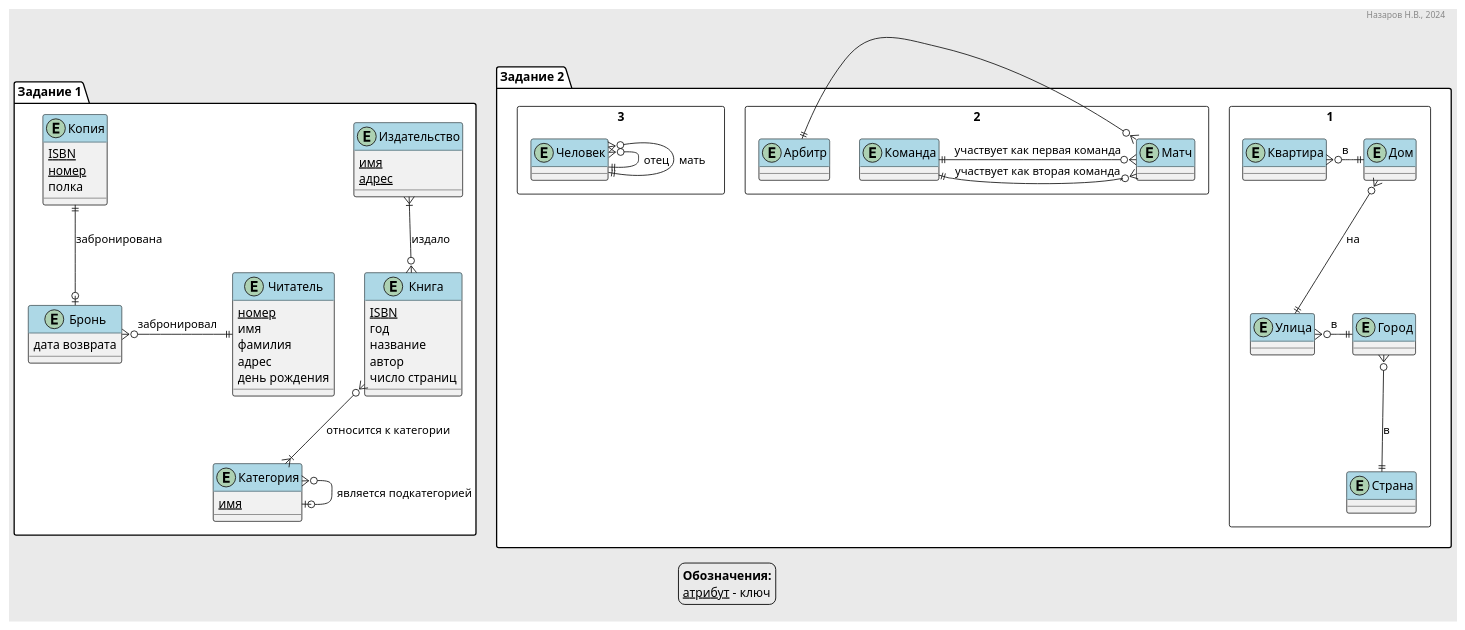
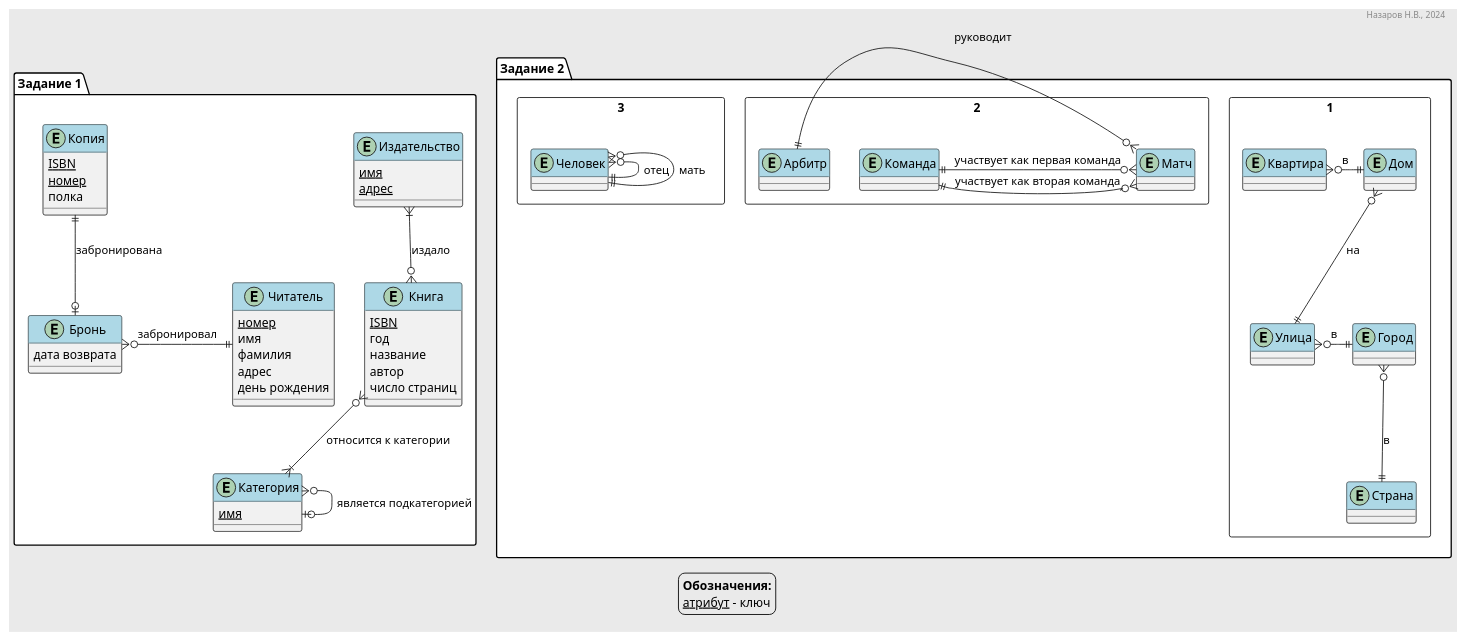
One commit to nvnazarov/c3-db changed the diagram in sem_02.puml. Above: the diagram before and after it, drawn with PlantUML.

Commit message:
Add note for 'Арбитр-Матч' relationship

```diff
--- a/sem_02.puml
+++ b/sem_02.puml
@@ -1,100 +1,100 @@
 @startuml libsys
 
 skinparam BackgroundColor #eaeaea
 
 skinparam class {
     HeaderBackgroundColor LightBlue
 }
 
 header Назаров Н.В., 2024
 
 legend
     <b>Обозначения:</b>
     <u>атрибут</u> - ключ
 endlegend
 
 package "Задание 1" #White {
 
     entity Издательство {
         <u>имя</u>
         <u>адрес</u>
     }
 
     entity Книга {
         <u>ISBN</u>
         год
         название
         автор
         число страниц
     }
 
     entity Копия {
         <u>ISBN</u>
         <u>номер</u>
         полка
     }
 
     entity Категория {
         <u>имя</u>
     }
 
     entity Читатель {
         <u>номер</u>
         имя
         фамилия
         адрес
         день рождения
     }
 
     entity Бронь {
         дата возврата
     }
 
     Издательство }|--o{ Книга : издало
     Книга }o--|{ Категория : относится к категории
     Читатель ||-o{ Бронь : забронировал
     Копия ||--o| Бронь : забронирована
     Категория }o-o| Категория : является подкатегорией
 
 }
 
 package "Задание 2" #White {
 
     rectangle 1 {
 
         entity Страна
         entity Город
         entity Улица
         entity Дом
         entity Квартира
 
         Квартира }o-|| Дом : в
         Дом }o--|| Улица : на
         Улица }o-|| Город : в
         Город }o--|| Страна : в
 
     }
 
     rectangle 2 {
 
         entity Команда
         entity Арбитр
         entity Матч
 
         Команда ||--o{ Матч : участвует как первая команда
         Команда ||-o{ Матч : участвует как вторая команда
-        Арбитр ||-o{ Матч
+        Арбитр ||-o{ Матч : руководит
 
     }
 
     rectangle 3 {
 
         entity Человек
 
         Человек }o-|| Человек : отец
         Человек }o-|| Человек : мать
 
     }
 }
 
 @enduml
```
